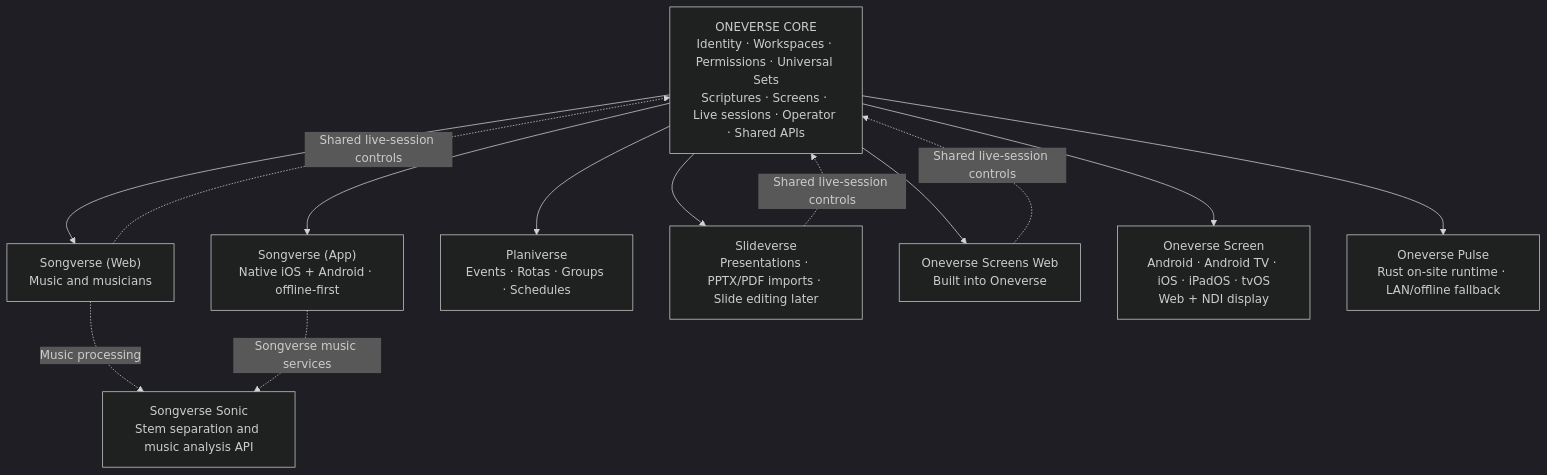
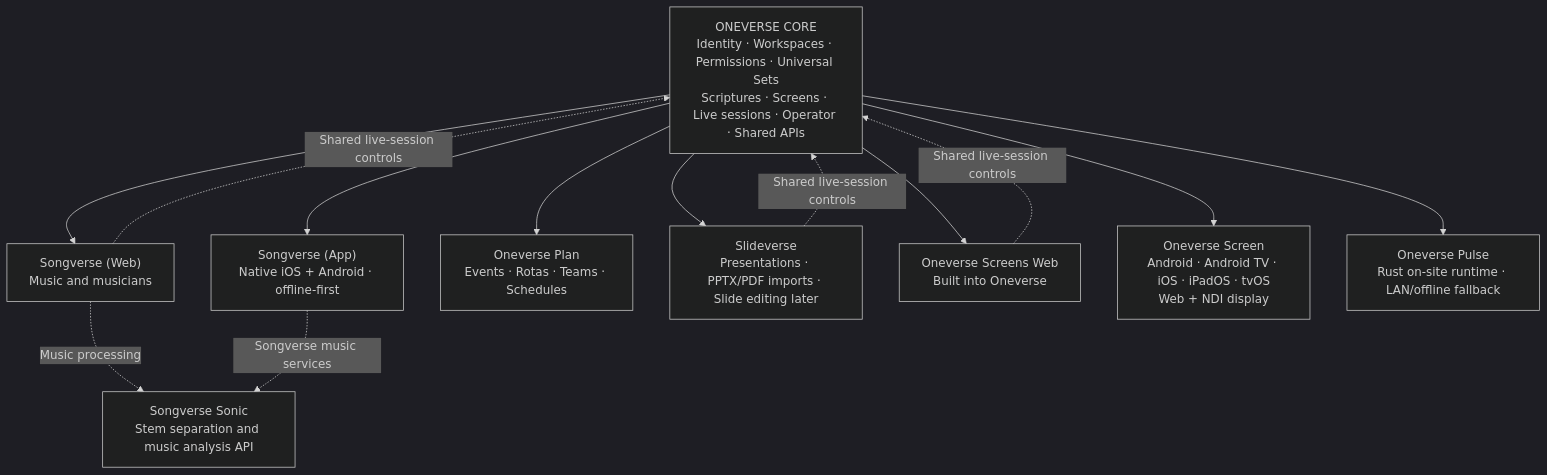
One commit to Vulcio/Oneverse changed the diagram in docs/oneverse-architecture.md. Above: the diagram before and after it, drawn with Mermaid (dark theme). The commit also changed other lines of this file and 18 other files, not shown here.

First line of the commit message:
Say team, pairing and Oneverse Plan everywhere, as the glossary does

````diff
--- a/docs/oneverse-architecture.md
+++ b/docs/oneverse-architecture.md
@@ -31,17 +31,17 @@
 ```mermaid
 flowchart TB
   CORE["ONEVERSE CORE<br/>Identity · Workspaces · Permissions · Universal Sets<br/>Scriptures · Screens · Live sessions · Operator · Shared APIs"]
   S["Songverse (Web)<br/>Music and musicians"]
   SA["Songverse (App)<br/>Native iOS + Android · offline-first"]
-  P["Planiverse<br/>Events · Rotas · Groups · Schedules"]
+  P["Oneverse Plan<br/>Events · Rotas · Teams · Schedules"]
   SL["Slideverse<br/>Presentations · PPTX/PDF imports · Slide editing later"]
   SO["Songverse Sonic<br/>Stem separation and music analysis API"]
   SW["Oneverse Screens Web<br/>Built into Oneverse"]
   SN["Oneverse Screen<br/>Android · Android TV · iOS · iPadOS · tvOS<br/>Web + NDI display"]
   PLAYER["Oneverse Pulse<br/>Rust on-site runtime · LAN/offline fallback"]
   CORE --> S & SA & P & SL
   CORE --> SW & SN & PLAYER
   S -. "Music processing" .-> SO
   SA -. "Songverse music services" .-> SO
   S & SL & SW -. "Shared live-session controls" .-> CORE
 ```
````
